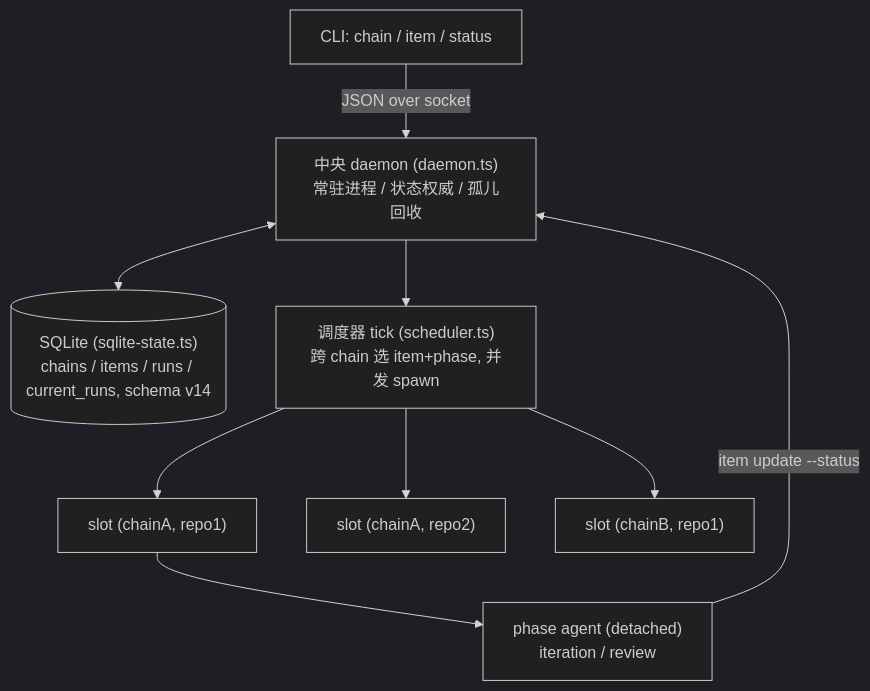
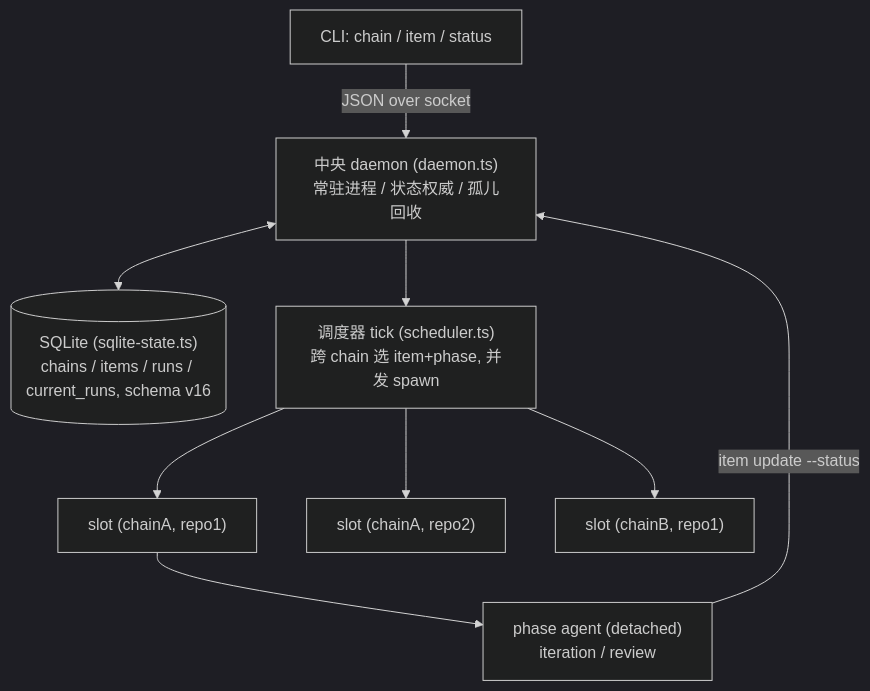
Before and after one commit to mouriya-s-lab/coder-loop: the diagram in docs/architecture-v2.md, drawn with Mermaid (dark theme). The commit also changed other lines of this file and 11 other files, not shown here.

````diff
--- a/docs/architecture-v2.md
+++ b/docs/architecture-v2.md
@@ -13,11 +13,11 @@
 ```mermaid
 flowchart TD
   cli["CLI: chain / item / status"] -- "JSON over socket" --> daemon["中央 daemon (daemon.ts)<br/>常驻进程 / 状态权威 / 孤儿回收"]
-  daemon <--> db[("SQLite (sqlite-state.ts)<br/>chains / items / runs / current_runs, schema v14")]
+  daemon <--> db[("SQLite (sqlite-state.ts)<br/>chains / items / runs / current_runs, schema v16")]
   daemon --> sched["调度器 tick (scheduler.ts)<br/>跨 chain 选 item+phase, 并发 spawn"]
   sched --> sA["slot (chainA, repo1)"]
   sched --> sB["slot (chainA, repo2)"]
   sched --> sC["slot (chainB, repo1)"]
   sA --> agent["phase agent (detached)<br/>iteration / review"]
   agent -- "item update --status" --> daemon
 ```
````
